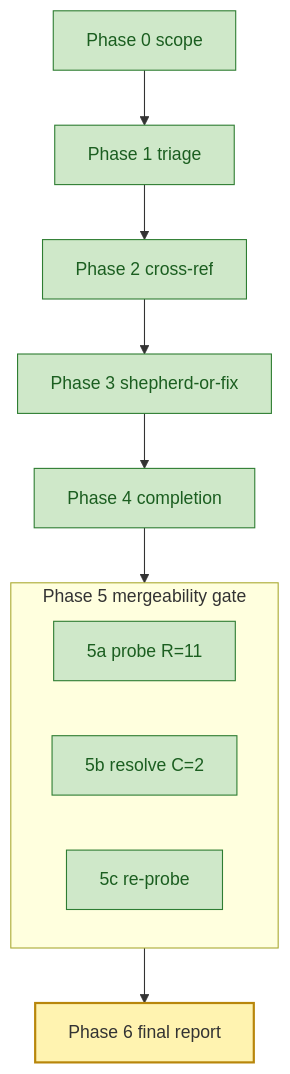
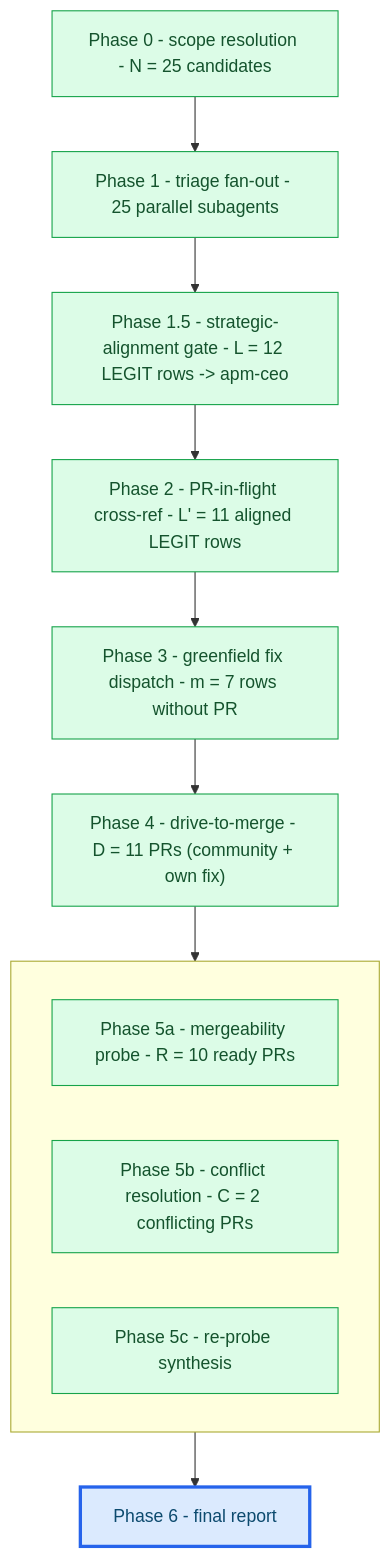
The eighth of 8 diagrams in packages/batch-bug-shepherd/.apm/skills/batch-bug-shepherd/evals/fixtures/sweep-bug-queue.with_skill.md (microsoft/apm), drawn with Mermaid before and after one commit. The commit also changed other lines of this file and 112 other files, not shown here.

````diff
--- a/packages/batch-bug-shepherd/.apm/skills/batch-bug-shepherd/evals/fixtures/sweep-bug-queue.with_skill.md
+++ b/packages/batch-bug-shepherd/.apm/skills/batch-bug-shepherd/evals/fixtures/sweep-bug-queue.with_skill.md
@@ -248,21 +363,26 @@
 ```mermaid
 flowchart TB
-    P0[Phase 0 scope]:::done
-    P1[Phase 1 triage]:::done
-    P2[Phase 2 cross-ref]:::done
-    P3[Phase 3 shepherd-or-fix]:::done
-    P4[Phase 4 completion]:::done
-    subgraph WAVE4[Phase 5 mergeability gate]
+    P0["Phase 0 - scope resolution - N = 25 candidates"]:::done
+    P1["Phase 1 - triage fan-out - 25 parallel subagents"]:::done
+    P15["Phase 1.5 - strategic-alignment gate - L = 12 LEGIT rows -> apm-ceo"]:::done
+    P2["Phase 2 - PR-in-flight cross-ref - L' = 11 aligned LEGIT rows"]:::done
+    P3["Phase 3 - greenfield fix dispatch - m = 7 rows without PR"]:::done
+    P4["Phase 4 - drive-to-merge - D = 11 PRs (community + own fix)"]:::done
+
+    subgraph WAVE4[" "]
         direction LR
-        P5a[5a probe R=11]:::done
-        P5b[5b resolve C=2]:::done
-        P5c[5c re-probe]:::done
+        P5a["Phase 5a - mergeability probe - R = 10 ready PRs"]:::done
+        P5b["Phase 5b - conflict resolution - C = 2 conflicting PRs"]:::done
+        P5c["Phase 5c - re-probe synthesis"]:::done
     end
-    P6[Phase 6 final report]:::active
-    P0 --> P1 --> P2 --> P3 --> P4 --> WAVE4 --> P6
-    classDef pending fill:#eee,stroke:#999,color:#333
-    classDef active  fill:#fff3b0,stroke:#b8860b,color:#333,stroke-width:2px
-    classDef done    fill:#cfe8c9,stroke:#2e7d32,color:#1b5e20
-    classDef blocked fill:#f8c7c7,stroke:#b71c1c,color:#7f0000
-    classDef skipped fill:#f0f0f0,stroke:#bbb,color:#888,stroke-dasharray:3 3
+
+    P6["Phase 6 - final report"]:::active
+
+    P0 --> P1 --> P15 --> P2 --> P3 --> P4 --> WAVE4 --> P6
+
+    classDef pending fill:#f5f5f5,stroke:#9ca3af,stroke-width:1px,color:#111827
+    classDef active  fill:#dbeafe,stroke:#2563eb,stroke-width:3px,color:#0c4a6e
+    classDef done    fill:#dcfce7,stroke:#16a34a,stroke-width:1px,color:#14532d
+    classDef blocked fill:#fef3c7,stroke:#d97706,stroke-width:2px,color:#78350f
+    classDef skipped fill:#f3f4f6,stroke:#6b7280,stroke-width:1px,stroke-dasharray:4 2,color:#374151
 ```
````
